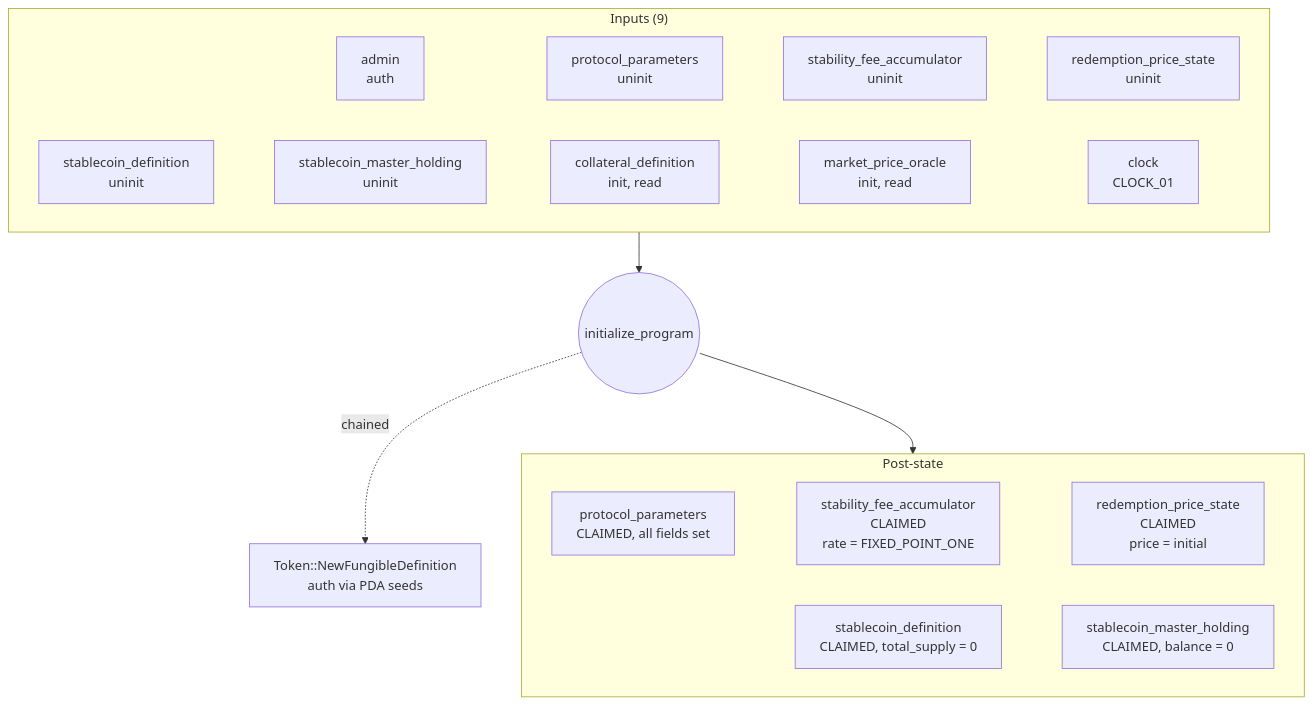
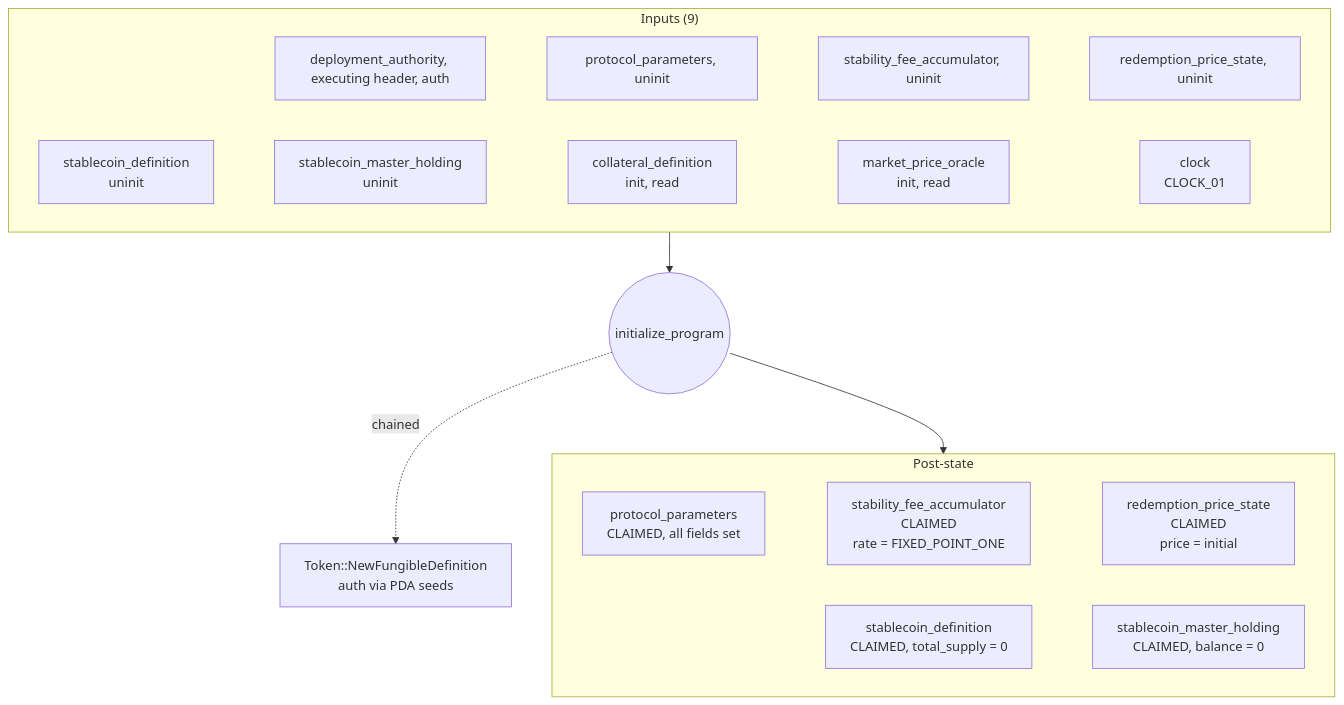
The third of 14 diagrams in docs/stablecoin/README.md (3esmit/lez-programs), drawn with Mermaid before and after one commit. The commit also changed other lines of this file and 11 other files, not shown here.

Commit message:
fix(stablecoin): require deployment authority for initialization

````diff
--- a/docs/stablecoin/README.md
+++ b/docs/stablecoin/README.md
@@ -767,14 +772,14 @@
 ```mermaid
 flowchart TD
     subgraph In["Inputs (9)"]
-        a1[admin<br/>auth] ~~~ a2[protocol_parameters<br/>uninit] ~~~ a3[stability_fee_accumulator<br/>uninit] ~~~ a4[redemption_price_state<br/>uninit]
+        a1[deployment_authority, executing header, auth] ~~~ a2[protocol_parameters, uninit] ~~~ a3[stability_fee_accumulator, uninit] ~~~ a4[redemption_price_state, uninit]
         a5[stablecoin_definition<br/>uninit] ~~~ a6[stablecoin_master_holding<br/>uninit] ~~~ a7[collateral_definition<br/>init, read] ~~~ a8[market_price_oracle<br/>init, read] ~~~ a9[clock<br/>CLOCK_01]
     end
     subgraph Post["Post-state"]
         p1[protocol_parameters<br/>CLAIMED, all fields set] ~~~ p2[stability_fee_accumulator<br/>CLAIMED<br/>rate = FIXED_POINT_ONE] ~~~ p3[redemption_price_state<br/>CLAIMED<br/>price = initial]
         p4[stablecoin_definition<br/>CLAIMED, total_supply = 0] ~~~ p5[stablecoin_master_holding<br/>CLAIMED, balance = 0]
     end
     In --> Ins((initialize_program))
     Ins --> Post
     Ins -.chained.-> C1[Token::NewFungibleDefinition<br/>auth via PDA seeds]
 ```
````
